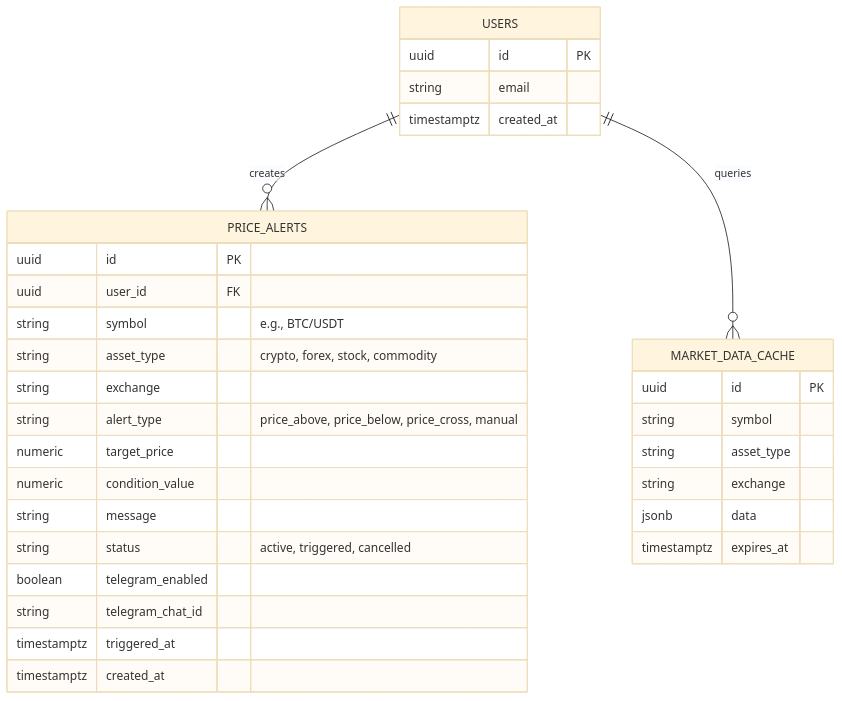
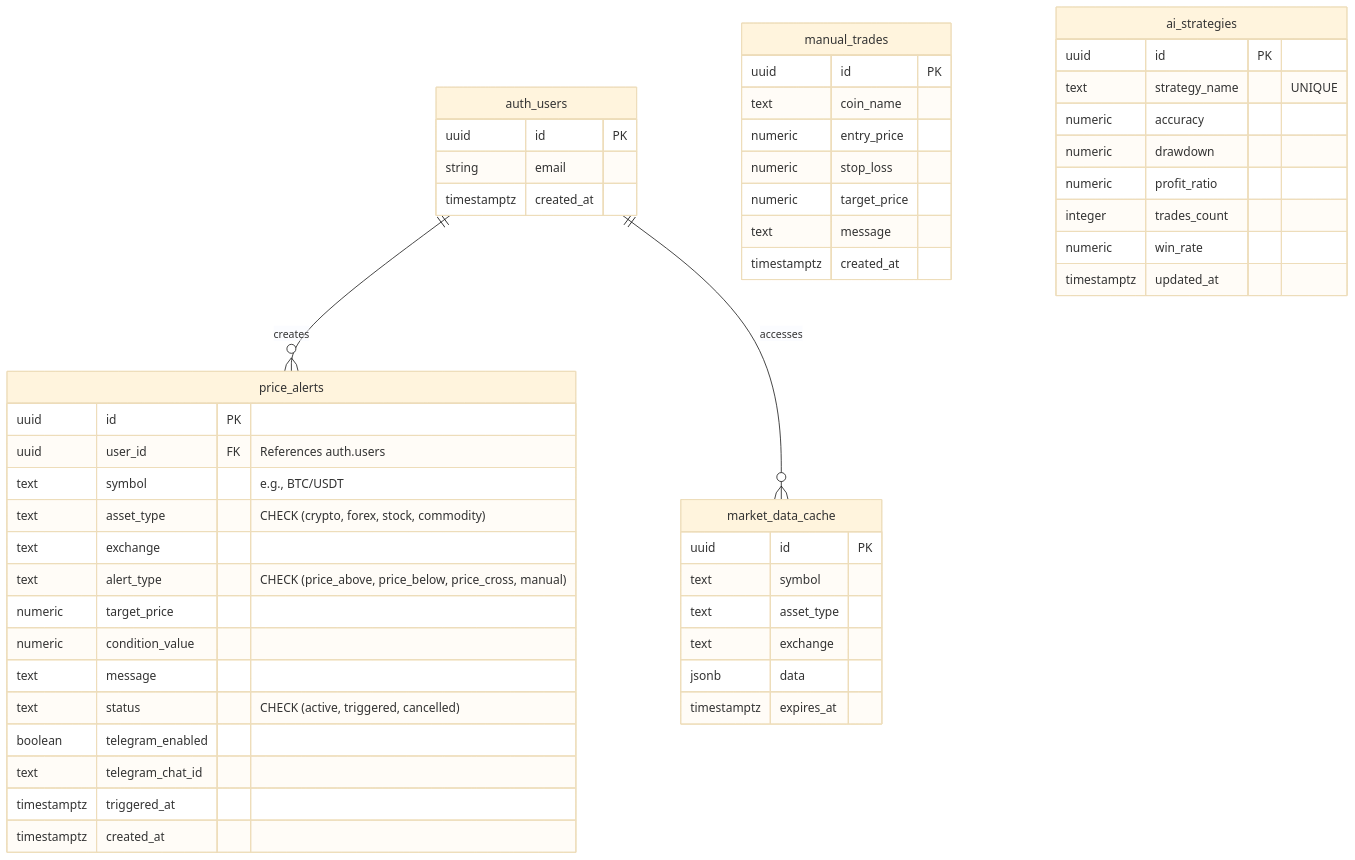
One commit to Garvit-821/multi-asset-algorithmic-trading-software changed the second of 4 diagrams in README.md. Above: the diagram before and after it, drawn with Mermaid (base theme). The commit also changed other lines of this file, not shown here.

````diff
--- a/README.md
+++ b/README.md
@@ -98,37 +112,58 @@
 ```mermaid
 erDiagram
-    USERS ||--o{ PRICE_ALERTS : creates
-    USERS ||--o{ MARKET_DATA_CACHE : queries
-
-    USERS {
+    auth_users ||--o{ price_alerts : creates
+    auth_users ||--o{ market_data_cache : accesses
+    
+    auth_users {
         uuid id PK
         string email
         timestamptz created_at
     }
 
-    PRICE_ALERTS {
+    price_alerts {
         uuid id PK
-        uuid user_id FK
-        string symbol "e.g., BTC/USDT"
-        string asset_type "crypto, forex, stock, commodity"
-        string exchange
-        string alert_type "price_above, price_below, price_cross, manual"
+        uuid user_id FK "References auth.users"
+        text symbol "e.g., BTC/USDT"
+        text asset_type "CHECK (crypto, forex, stock, commodity)"
+        text exchange
+        text alert_type "CHECK (price_above, price_below, price_cross, manual)"
         numeric target_price
         numeric condition_value
-        string message
-        string status "active, triggered, cancelled"
+        text message
+        text status "CHECK (active, triggered, cancelled)"
         boolean telegram_enabled
-        string telegram_chat_id
+        text telegram_chat_id
         timestamptz triggered_at
         timestamptz created_at
     }
 
-    MARKET_DATA_CACHE {
+    manual_trades {
         uuid id PK
-        string symbol
-        string asset_type
-        string exchange
+        text coin_name
+        numeric entry_price
+        numeric stop_loss
+        numeric target_price
+        text message
+        timestamptz created_at
+    }
+
+    ai_strategies {
+        uuid id PK
+        text strategy_name "UNIQUE"
+        numeric accuracy
+        numeric drawdown
+        numeric profit_ratio
+        integer trades_count
+        numeric win_rate
+        timestamptz updated_at
+    }
+
+    market_data_cache {
+        uuid id PK
+        text symbol
+        text asset_type
+        text exchange
         jsonb data
         timestamptz expires_at
     }
 ```
````
